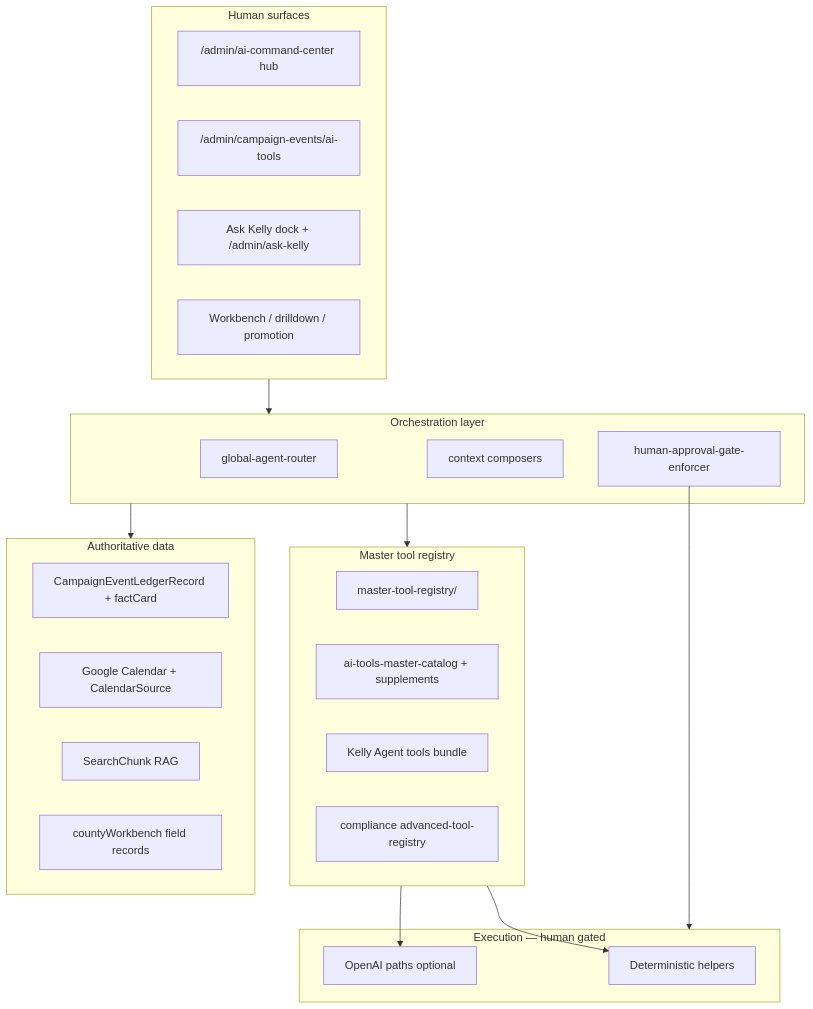
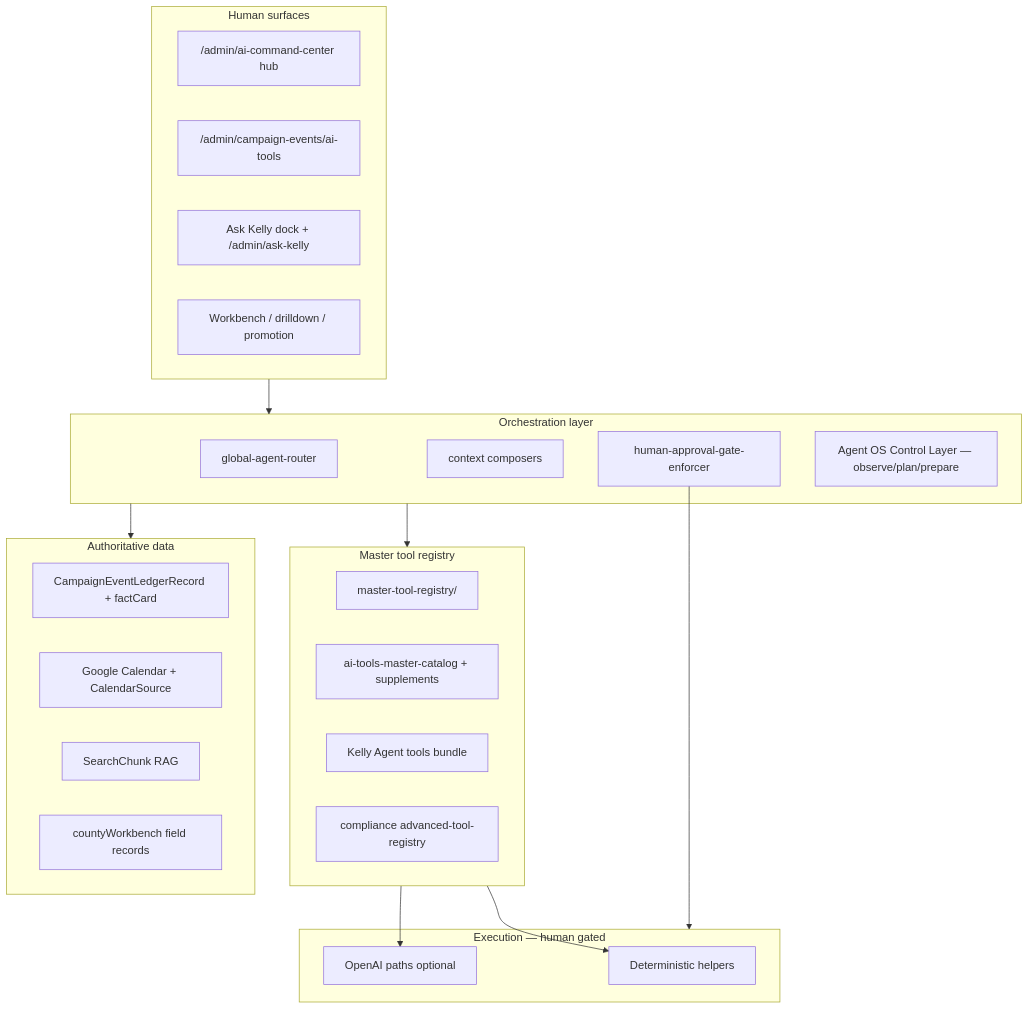
The first of 2 diagrams in docs/campaign-events/ALL_KNOWING_CAMPAIGN_AGENT_ARCHITECTURE.md (Grappe501/reddirt), drawn with Mermaid before and after one commit. The commit also changed 20 other files, not shown here.

First line of the commit message:
Agent OS Control Layer: add supervised campaign operating loop

````diff
--- a/docs/campaign-events/ALL_KNOWING_CAMPAIGN_AGENT_ARCHITECTURE.md
+++ b/docs/campaign-events/ALL_KNOWING_CAMPAIGN_AGENT_ARCHITECTURE.md
@@ -22,41 +22,42 @@
 ```mermaid
 flowchart TB
   subgraph human [Human surfaces]
     AIC["/admin/ai-command-center hub"]
     CEAI["/admin/campaign-events/ai-tools"]
     AK["Ask Kelly dock + /admin/ask-kelly"]
     WB["Workbench / drilldown / promotion"]
   end
 
   subgraph orchestration [Orchestration layer]
     RTR["global-agent-router"]
     CTX["context composers"]
     GATE["human-approval-gate-enforcer"]
+    OSCTL["Agent OS Control Layer — observe/plan/prepare"]
   end
 
   subgraph registry [Master tool registry]
     MTR["master-tool-registry/"]
     CAT["ai-tools-master-catalog + supplements"]
     KA["Kelly Agent tools bundle"]
     CMP["compliance advanced-tool-registry"]
   end
 
   subgraph data [Authoritative data]
     LEDGER["CampaignEventLedgerRecord + factCard"]
     GCAL["Google Calendar + CalendarSource"]
     CHUNK["SearchChunk RAG"]
     COUNTY["countyWorkbench field records"]
   end
 
   subgraph execution [Execution — human gated]
     DET["Deterministic helpers"]
     LLM["OpenAI paths optional"]
   end
 
   human --> orchestration
   orchestration --> registry
   orchestration --> data
   registry --> DET
   registry --> LLM
   GATE --> execution
 ```
````
